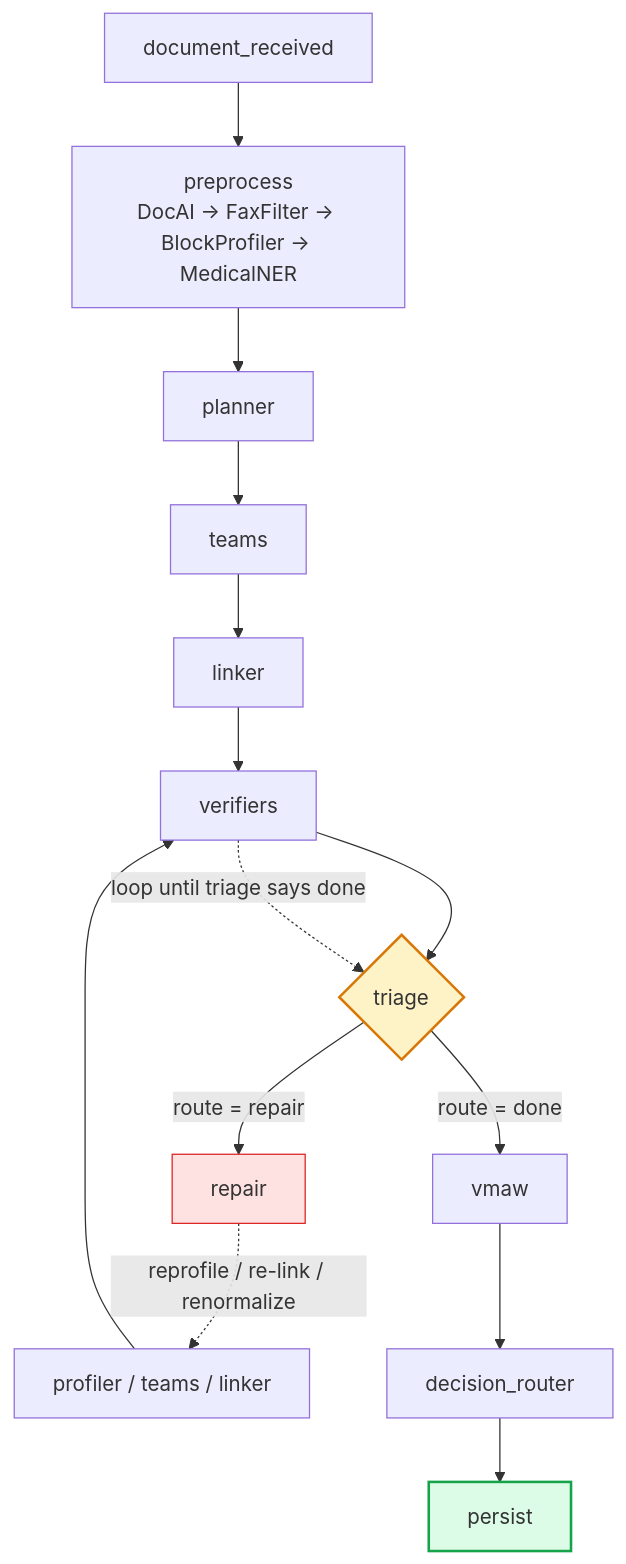
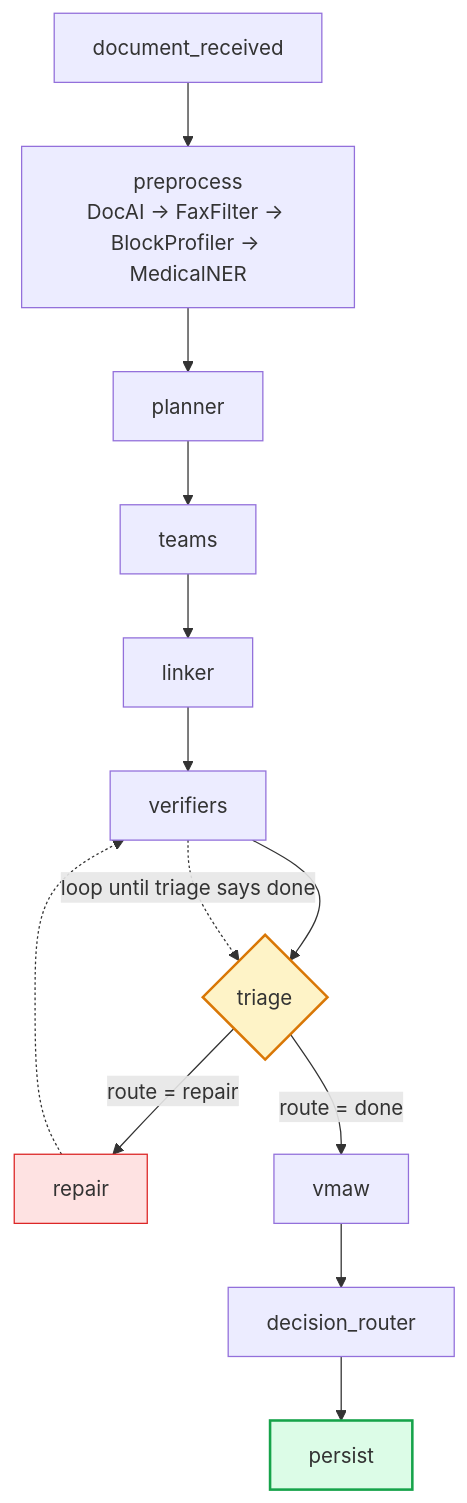
The diagram in docs/PROJECT_ARCHITECTURE_confluence.md (anusha0695/auto-evaluator-extractor), drawn with Mermaid before and after one commit. The commit also changed other lines of this file and 8 other files, not shown here.

````diff
--- a/docs/PROJECT_ARCHITECTURE_confluence.md
+++ b/docs/PROJECT_ARCHITECTURE_confluence.md
@@ -69,23 +94,13 @@
 ```mermaid
 flowchart TD
     A["document_received"] --> B["preprocess<br/>DocAI → FaxFilter → BlockProfiler → MedicalNER"]
-    B --> C["planner"]
-    C --> D["teams"]
-    D --> E["linker"]
-    E --> F["verifiers"]
-    F --> G{"triage"}
-
+    B --> C["planner"] --> D["teams"] --> E["linker"] --> F["verifiers"] --> G{"triage"}
     G -- "route = repair" --> H["repair"]
     G -- "route = done" --> I["vmaw"]
-
-    H -.->|reprofile / re-link / renormalize| B2["profiler / teams / linker"]
-    B2 --> F
+    H -.-> F
     F -.->|"loop until triage says done"| G
-
-    I --> K["decision_router"]
-    K --> L["persist"]
-
+    I --> K["decision_router"] --> L["persist"]
     style G fill:#fef3c7,stroke:#d97706,stroke-width:2px
     style L fill:#dcfce7,stroke:#16a34a,stroke-width:2px
     style H fill:#fee2e2,stroke:#dc2626
 ```
````
